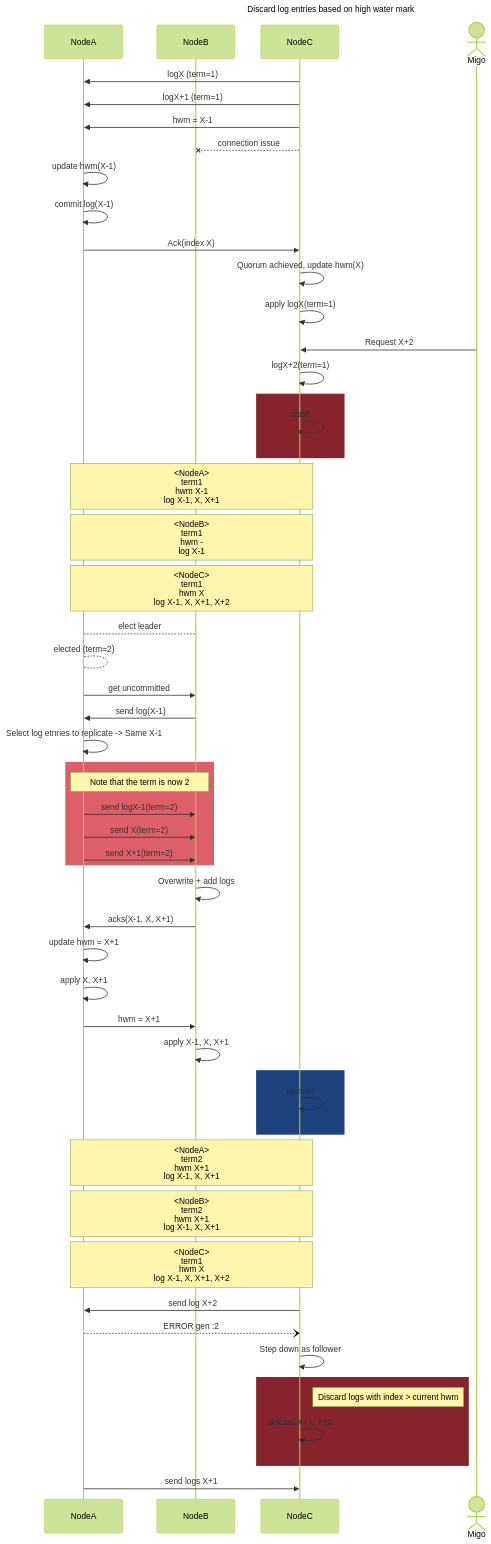
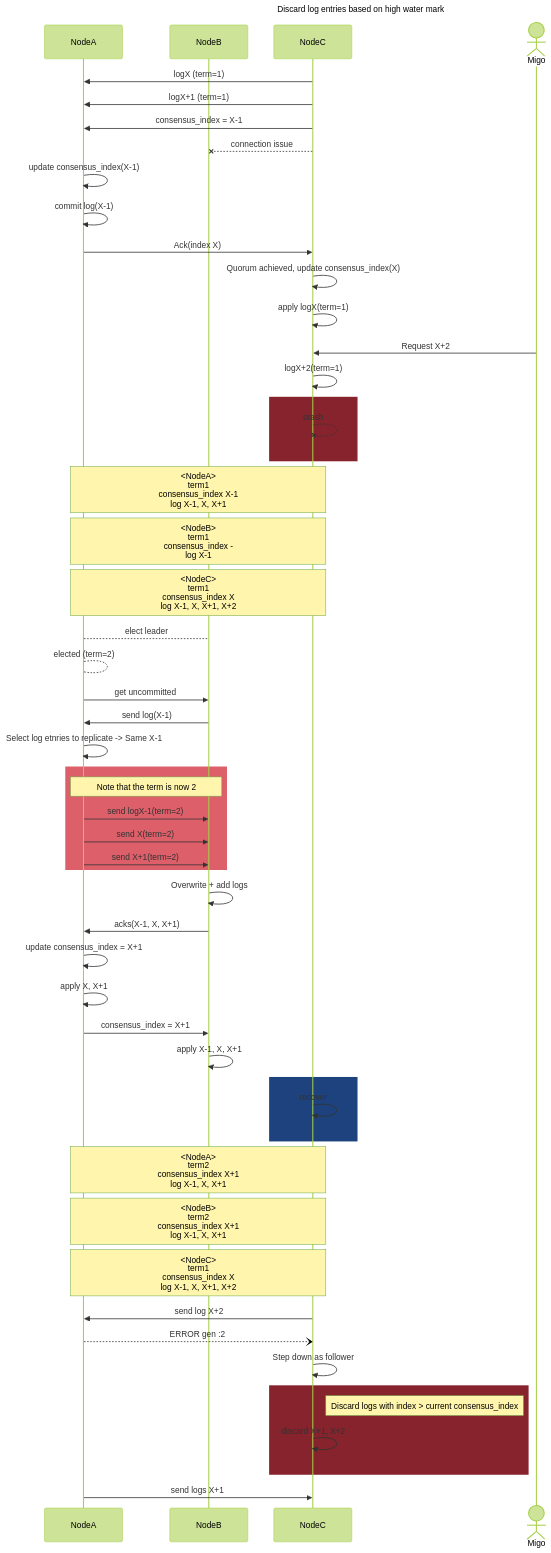
One commit to Migorithm/duva changed the diagram in diagrams/raft(6) - discard based on hwm.mmd. Above: the diagram before and after it, drawn with Mermaid (forest theme). The commit also changed 26 other files, not shown here.

Commit message:
chore: rename hwm to consensus index

```diff
--- a/diagrams/raft(6) - discard based on hwm.mmd
+++ b/diagrams/raft(6) - discard based on hwm.mmd
@@ -1,70 +1,70 @@
 ---
 title : Discard log entries based on high water mark
 ---
 sequenceDiagram
     participant A as NodeA
     participant B as NodeB
     participant C as NodeC
     Actor Migo
 
     C ->> A : logX (term=1)
     C ->> A : logX+1 (term=1)
-    C ->> A : hwm = X-1
+    C ->> A : consensus_index = X-1
 
     C --x B : connection issue
 
-    A ->> A : update hwm(X-1)
+    A ->> A : update consensus_index(X-1)
     A ->> A : commit log(X-1)
     A ->> C : Ack(index X)
 
-    C ->> C : Quorum achieved, update hwm(X)
+    C ->> C : Quorum achieved, update consensus_index(X)
     C ->> C : apply logX(term=1)
     Migo ->> C : Request X+2
     C ->> C : logX+2(term=1)
     rect rgb(134, 35, 44)
     C --x C : crash
     end
 
-    Note over A,C : <NodeA><br>term1<br>hwm X-1<br>log X-1, X, X+1
-    Note over A,C : <NodeB><br>term1<br>hwm -<br>log X-1
-    Note over A,C : <NodeC><br>term1<br>hwm X<br>log X-1, X, X+1, X+2
+    Note over A,C : <NodeA><br>term1<br>consensus_index X-1<br>log X-1, X, X+1
+    Note over A,C : <NodeB><br>term1<br>consensus_index -<br>log X-1
+    Note over A,C : <NodeC><br>term1<br>consensus_index X<br>log X-1, X, X+1, X+2
 
     A --> B : elect leader
     A --> A : elected (term=2)
     A ->> B : get uncommitted
     B ->> A : send log(X-1)
     A ->> A : Select log etnries to replicate -> Same X-1
     rect rgb(220, 95, 105)
     note over A,B : Note that the term is now 2
     A ->> B : send logX-1(term=2) 
     A ->> B : send X(term=2) 
     A ->> B : send X+1(term=2) 
     end
 
     B ->> B : Overwrite + add logs
     B ->> A : acks(X-1, X, X+1)
 
-    A ->> A : update hwm = X+1
+    A ->> A : update consensus_index = X+1
     A ->> A : apply X, X+1
-    A ->> B : hwm = X+1
+    A ->> B : consensus_index = X+1
     B ->> B : apply X-1, X, X+1
     
 
     rect rgb(29, 66, 125)
     C ->> C : recover
     end
 
     
-    Note over A,C : <NodeA><br>term2<br>hwm X+1<br>log X-1, X, X+1
-    Note over A,C : <NodeB><br>term2<br>hwm X+1<br>log X-1, X, X+1
-    Note over A,C : <NodeC><br>term1<br>hwm X<br>log X-1, X, X+1, X+2
+    Note over A,C : <NodeA><br>term2<br>consensus_index X+1<br>log X-1, X, X+1
+    Note over A,C : <NodeB><br>term2<br>consensus_index X+1<br>log X-1, X, X+1
+    Note over A,C : <NodeC><br>term1<br>consensus_index X<br>log X-1, X, X+1, X+2
 
 
     C ->> A : send log X+2
     A --) C : ERROR gen :2
     C ->> C : Step down as follower
     rect rgb(134, 35, 44) 
-    Note right of C: Discard logs with index > current hwm
+    Note right of C: Discard logs with index > current consensus_index
     C ->> C : discard X+1, X+2
     end
     A ->> C : send logs X+1 
```
